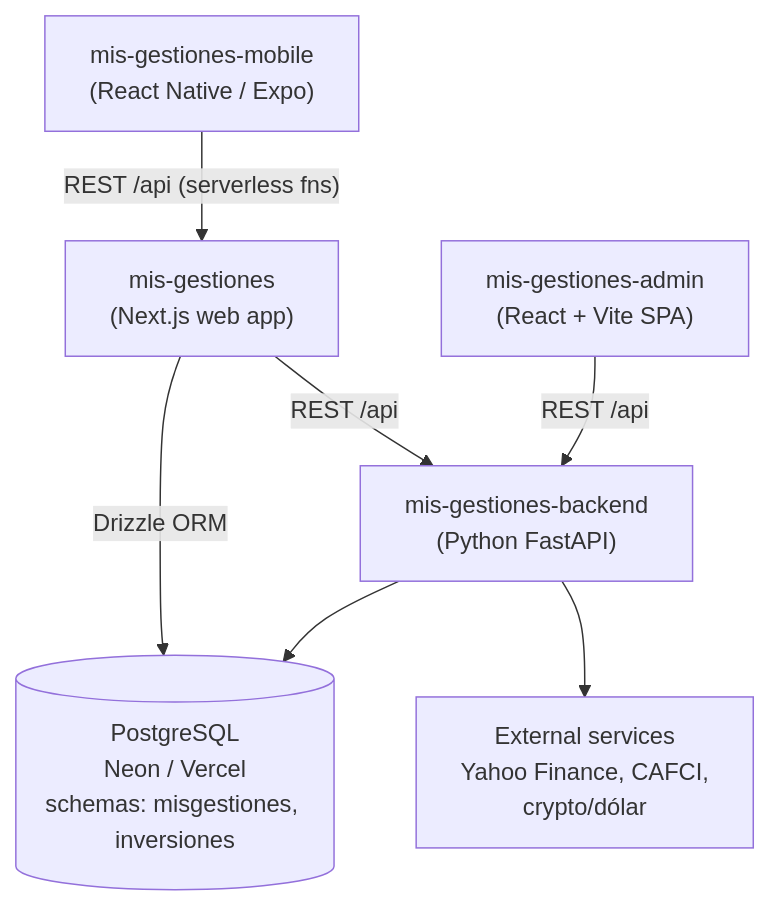
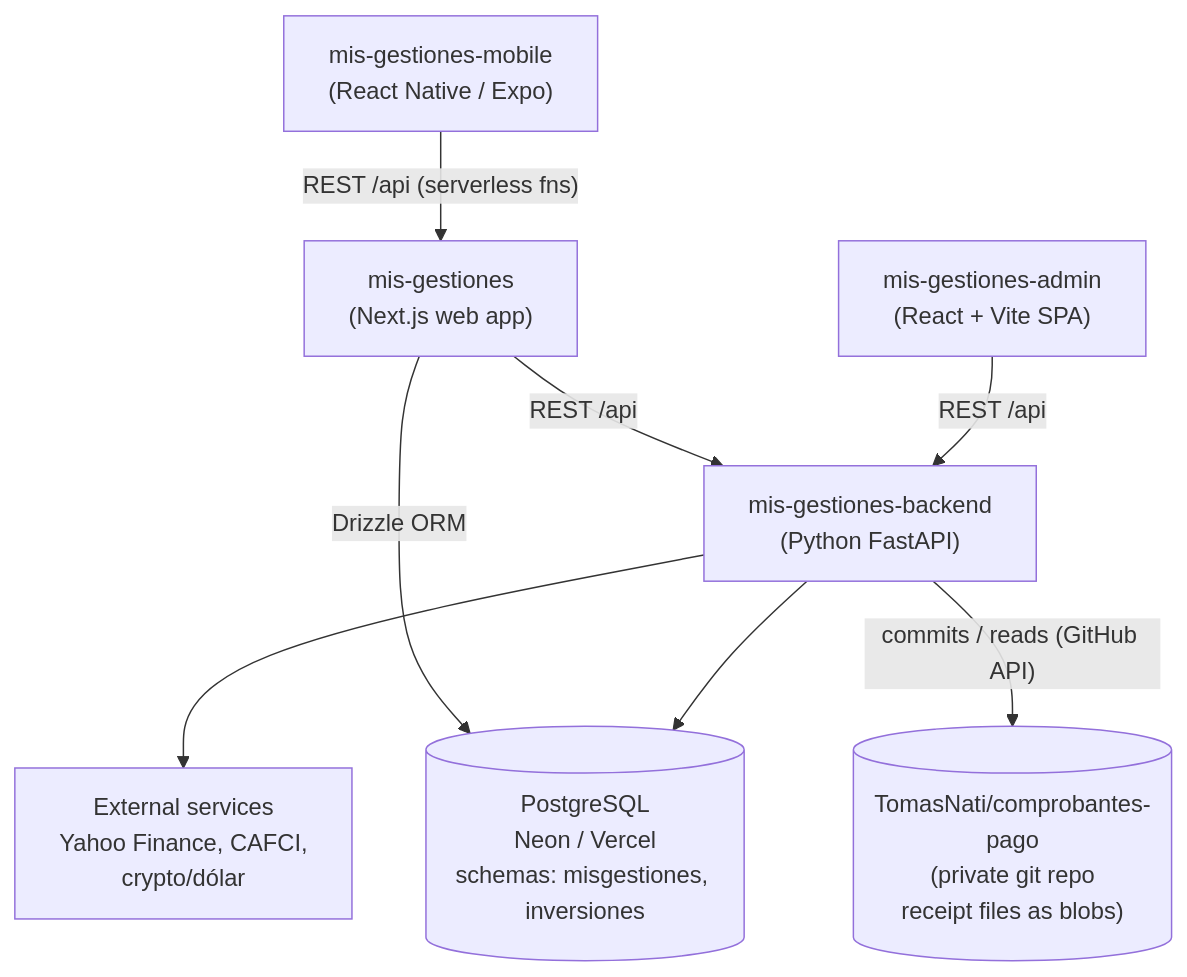
One commit to TomasNati/mis-gestiones changed the first of 3 diagrams in docs/ECOSYSTEM_OVERVIEW.md. Above: the diagram before and after it, drawn with Mermaid. The commit also changed other lines of this file and 2 other files, not shown here.

Commit message:
Agregando primeros cambios para permitir subir comprobantes de pago

````diff
--- a/docs/ECOSYSTEM_OVERVIEW.md
+++ b/docs/ECOSYSTEM_OVERVIEW.md
@@ -85,16 +115,18 @@
 ```mermaid
 flowchart TB
     admin["mis-gestiones-admin<br/>(React + Vite SPA)"]
     web["mis-gestiones<br/>(Next.js web app)"]
     mobile["mis-gestiones-mobile<br/>(React Native / Expo)"]
     backend["mis-gestiones-backend<br/>(Python FastAPI)"]
     db[("PostgreSQL<br/>Neon / Vercel<br/>schemas: misgestiones, inversiones")]
     ext["External services<br/>Yahoo Finance, CAFCI,<br/>crypto/dólar"]
+    storage[("TomasNati/comprobantes-pago<br/>(private git repo<br/>receipt files as blobs)")]
 
     admin -->|"REST /api"| backend
     web -->|"REST /api"| backend
     mobile -->|"REST /api (serverless fns)"| web
     backend --> db
     web -->|"Drizzle ORM"| db
     backend --> ext
+    backend -->|"commits / reads (GitHub API)"| storage
 ```
````
